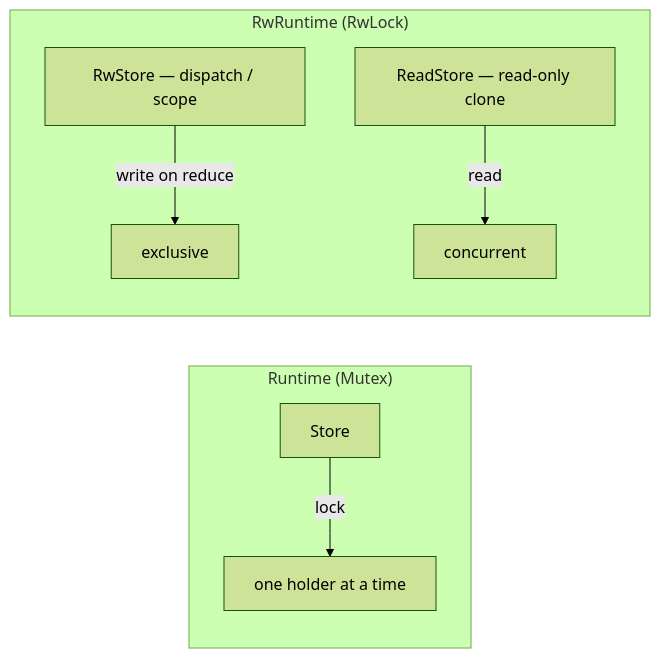
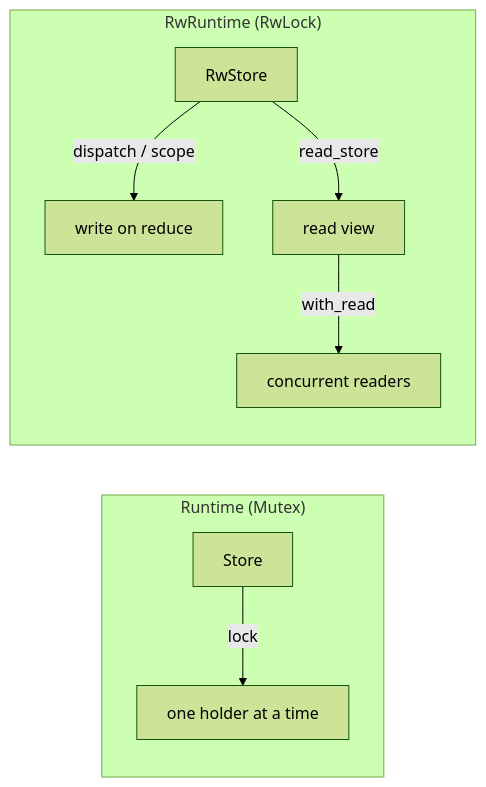
Before and after one commit to akashsoni01/rust-key-paths: the third of 5 diagrams in rust-elm/book/rw_ecommerce.md, drawn with Mermaid (forest theme). The commit also changed other lines of this file and 6 other files, not shown here.

````diff
--- a/rust-elm/book/rw_ecommerce.md
+++ b/rust-elm/book/rw_ecommerce.md
@@ -68,14 +104,14 @@
 ```mermaid
 flowchart LR
     subgraph Mutex["Runtime (Mutex)"]
         MS["Store"]
         MS -->|lock| M1["one holder at a time"]
     end
 
     subgraph Rw["RwRuntime (RwLock)"]
-        RS["RwStore — dispatch / scope"]
-        RO["ReadStore — read-only clone"]
-        RS -->|write on reduce| W["exclusive"]
-        RO -->|read| R["concurrent"]
+        RS["RwStore"]
+        RS -->|dispatch / scope| W["write on reduce"]
+        RS -->|read_store| RO["read view"]
+        RO -->|with_read| R["concurrent readers"]
     end
 ```
````
